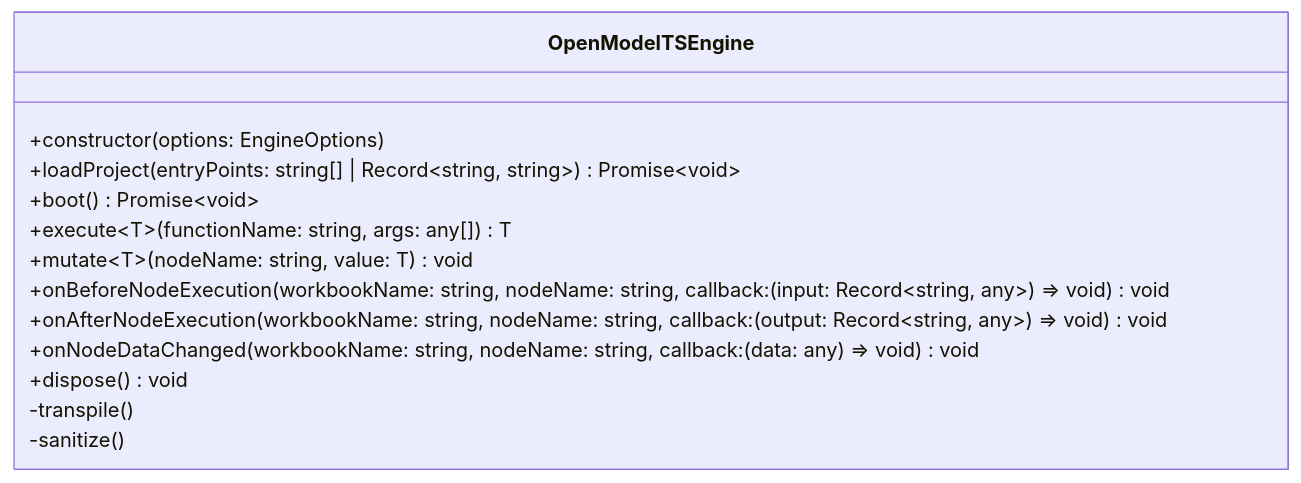
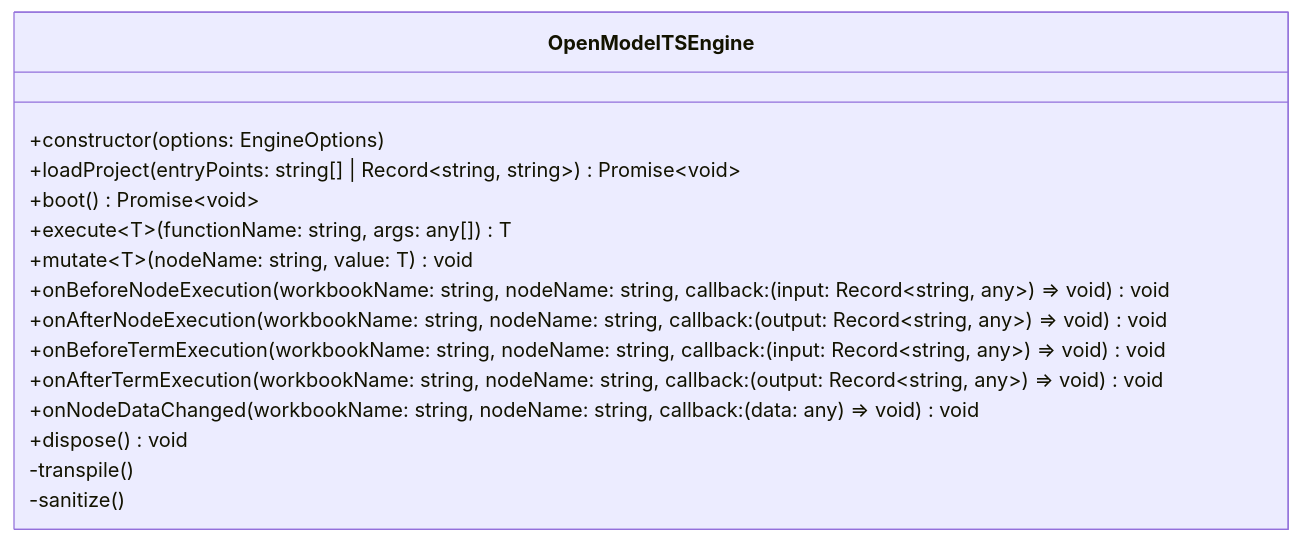
The first of 4 diagrams in docs/OPEN_MODEL_TS_ENGINE_SPEC.md (rimvydasb/open-modeler-bindings), drawn with Mermaid before and after one commit. The commit also changed other lines of this file and 9 other files, not shown here.

````diff
--- a/docs/OPEN_MODEL_TS_ENGINE_SPEC.md
+++ b/docs/OPEN_MODEL_TS_ENGINE_SPEC.md
@@ -24,16 +24,18 @@
 ```mermaid
 classDiagram
     class OpenModelTSEngine {
         +constructor(options: EngineOptions)
         +loadProject(entryPoints: string[] | Record~string, string~) Promise~void~
         +boot() Promise~void~
         +execute~T~(functionName: string, args: any[]) T
         +mutate~T~(nodeName: string, value: T) void
         +onBeforeNodeExecution(workbookName: string, nodeName: string, callback: (input: Record~string, any~) => void) void
         +onAfterNodeExecution(workbookName: string, nodeName: string, callback: (output: Record~string, any~) => void) void
+        +onBeforeTermExecution(workbookName: string, nodeName: string, callback: (input: Record~string, any~) => void) void
+        +onAfterTermExecution(workbookName: string, nodeName: string, callback: (output: Record~string, any~) => void) void
         +onNodeDataChanged(workbookName: string, nodeName: string, callback: (data: any) => void) void
         +dispose() void
         -transpile()
         -sanitize()
     }
 ```
````
